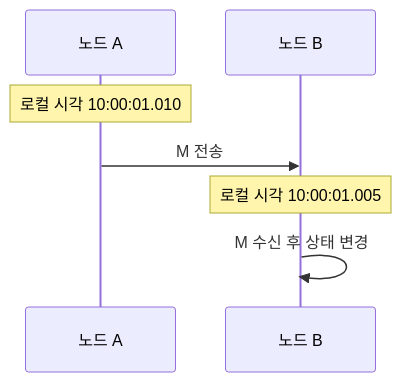
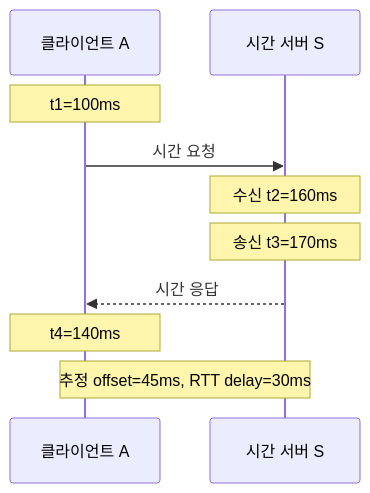
One commit to mj006648/netai-devsecops-runbook changed the diagram in learning/distributed-systems/02-time-events-and-ordering.md. Above: the diagram before and after it, drawn with Mermaid. The commit also changed other lines of this file and 55 other files, not shown here.

````diff
--- a/learning/distributed-systems/02-time-events-and-ordering.md
+++ b/learning/distributed-systems/02-time-events-and-ordering.md
@@ -184,9 +54,12 @@
 ```mermaid
 sequenceDiagram
-    participant A as 노드 A
-    participant B as 노드 B
-    Note over A: 로컬 시각 10:00:01.010
-    A->>B: M 전송
-    Note over B: 로컬 시각 10:00:01.005
-    B->>B: M 수신 후 상태 변경
+    participant A as 클라이언트 A
+    participant S as 시간 서버 S
+    Note over A: t1=100ms
+    A->>S: 시간 요청
+    Note over S: 수신 t2=160ms
+    Note over S: 송신 t3=170ms
+    S-->>A: 시간 응답
+    Note over A: t4=140ms
+    Note over A,S: 추정 offset=45ms, RTT delay=30ms
 ```
````
